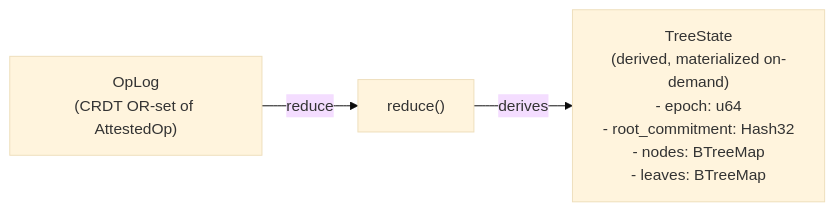
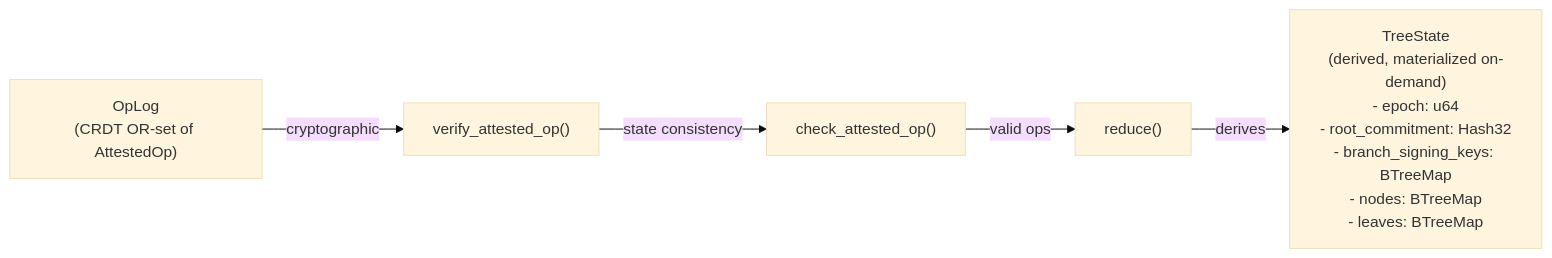
Before and after one commit to hxrts/aura: the first of 3 diagrams in docs/101_accounts_and_commitment_tree.md, drawn with Mermaid (base theme). The commit also changed other lines of this file and 342 other files, not shown here.

````diff
--- a/docs/101_accounts_and_commitment_tree.md
+++ b/docs/101_accounts_and_commitment_tree.md
@@ -164,9 +255,13 @@
 ```mermaid
 graph LR
     OpLog["OpLog<br/>(CRDT OR-set of AttestedOp)"]
+    Verify["verify_attested_op()"]
+    Check["check_attested_op()"]
     Reduce["reduce()"]
-    TreeState["TreeState<br/>(derived, materialized on-demand)<br/>- epoch: u64<br/>- root_commitment: Hash32<br/>- nodes: BTreeMap<br/>- leaves: BTreeMap"]
-    
-    OpLog -->|reduce| Reduce
+    TreeState["TreeState<br/>(derived, materialized on-demand)<br/>- epoch: u64<br/>- root_commitment: Hash32<br/>- branch_signing_keys: BTreeMap<br/>- nodes: BTreeMap<br/>- leaves: BTreeMap"]
+
+    OpLog -->|cryptographic| Verify
+    Verify -->|state consistency| Check
+    Check -->|valid ops| Reduce
     Reduce -->|derives| TreeState
 ```
````
